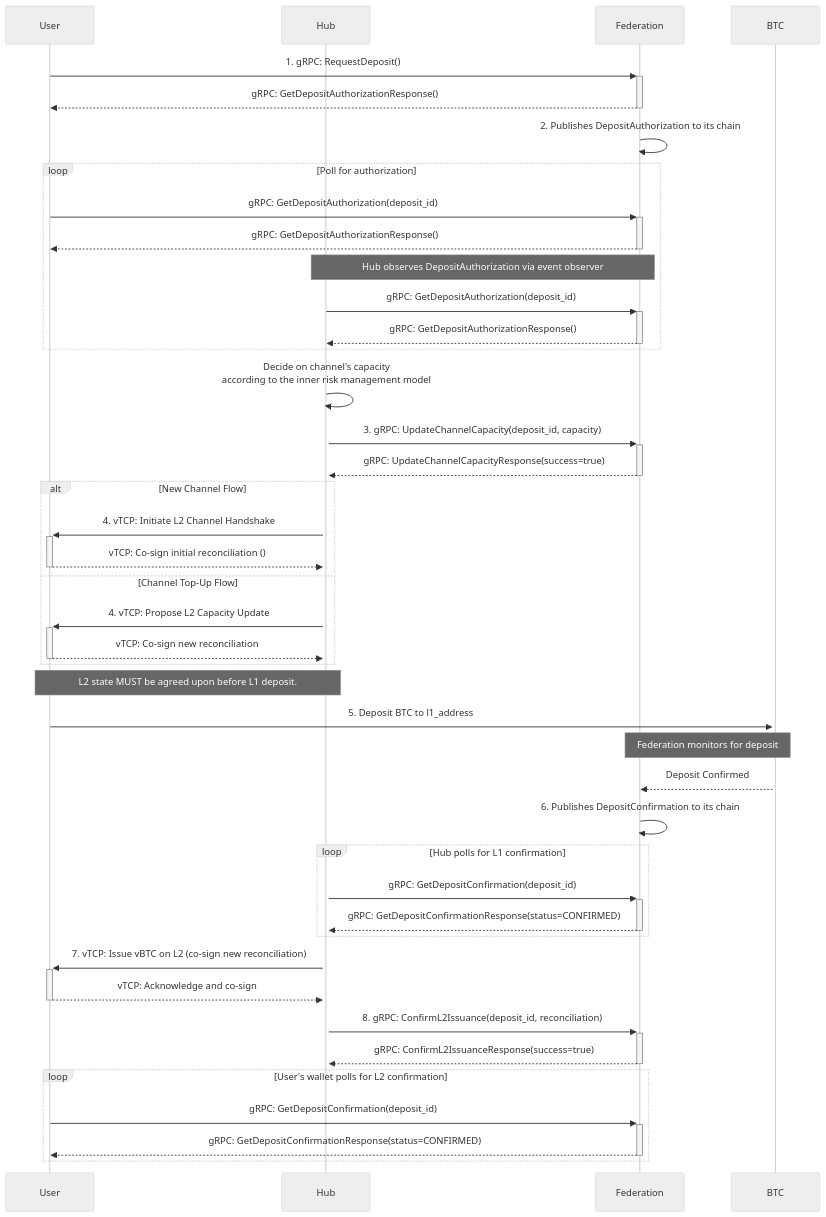
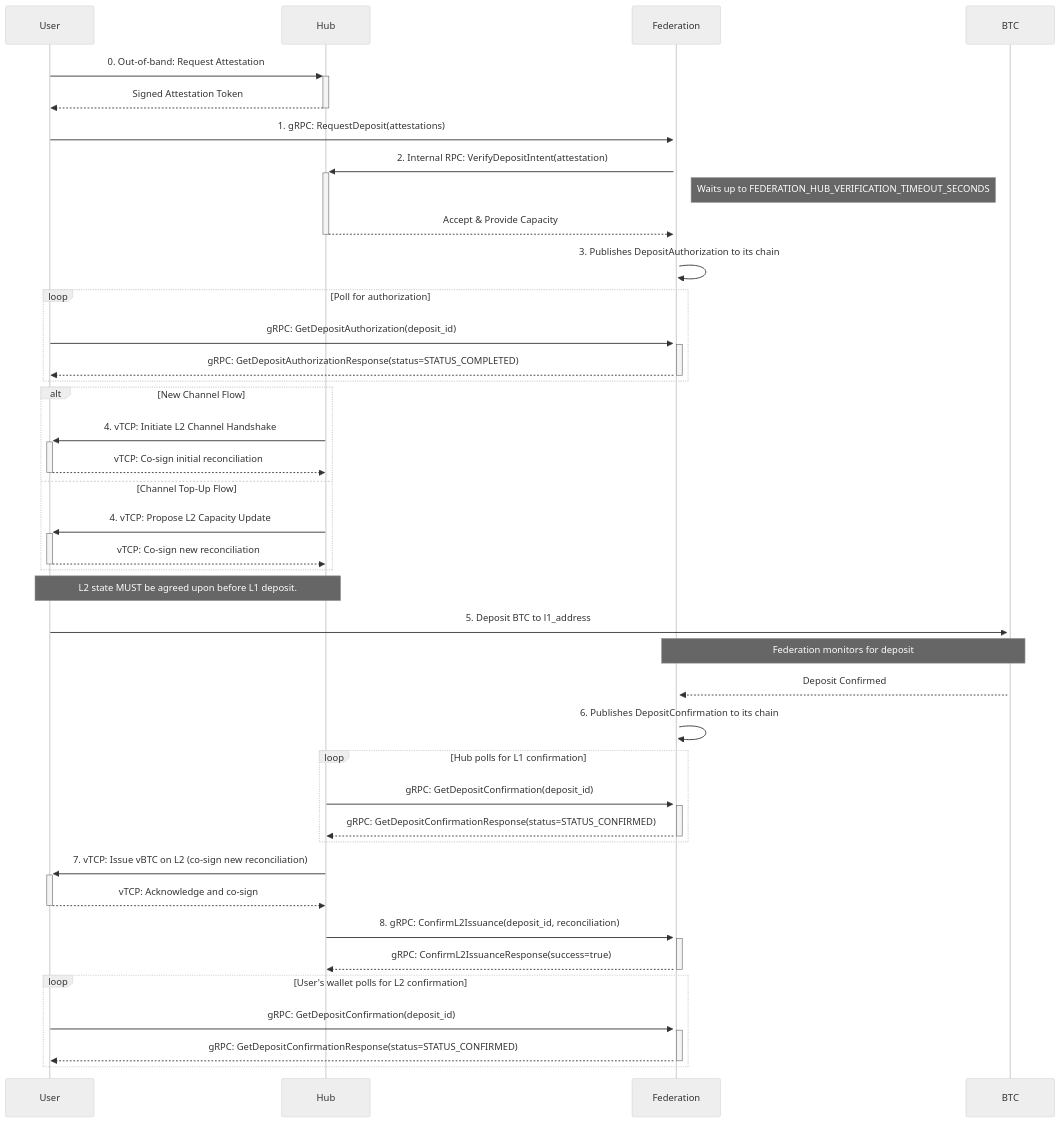
The first of 4 diagrams in architecture/btc-federation/protocols/protocol_btc<>vtcp_custody_deposit.md (vTCP-Foundation/workspace), drawn with Mermaid (neutral theme) before and after one commit. The commit also changed other lines of this file and 1 other file, not shown here.

````diff
--- a/architecture/btc-federation/protocols/protocol_btc<>vtcp_custody_deposit.md
+++ b/architecture/btc-federation/protocols/protocol_btc<>vtcp_custody_deposit.md
@@ -523,55 +661,53 @@
 ```mermaid
 sequenceDiagram
     participant User
     participant Hub
     participant Federation
     participant BTC
 
-    User->>+Federation: 1. gRPC: RequestDeposit()
-    Federation-->>-User: gRPC: GetDepositAuthorizationResponse()
-    Federation->>Federation: 2. Publishes DepositAuthorization to its chain
+    User->>+Hub: 0. Out-of-band: Request Attestation
+    Hub-->>-User: Signed Attestation Token
+
+    User->>+Federation: 1. gRPC: RequestDeposit(attestations)
+    
+    Federation->>+Hub: 2. Internal RPC: VerifyDepositIntent(attestation)
+    note right of Federation: Waits up to FEDERATION_HUB_VERIFICATION_TIMEOUT_SECONDS
+    Hub-->>-Federation: Accept & Provide Capacity
+
+    Federation->>Federation: 3. Publishes DepositAuthorization to its chain
     
     loop Poll for authorization
         User->>+Federation: gRPC: GetDepositAuthorization(deposit_id)
-        Federation-->>-User: gRPC: GetDepositAuthorizationResponse()
-        
-        note over Hub, Federation: Hub observes DepositAuthorization via event observer 
-        Hub->>+Federation: gRPC: GetDepositAuthorization(deposit_id)
-        Federation-->>-Hub: gRPC: GetDepositAuthorizationResponse()
+        Federation-->>-User: gRPC: GetDepositAuthorizationResponse(status=STATUS_COMPLETED)
     end
-    
-    Hub->>+Hub: Decide on channel's capacity<br/>according to the inner risk management model
-    Hub->>+Federation: 3. gRPC: UpdateChannelCapacity(deposit_id, capacity)
-    Federation-->>-Hub: gRPC: UpdateChannelCapacityResponse(success=true)
     
     alt New Channel Flow
         Hub->>+User: 4. vTCP: Initiate L2 Channel Handshake
-        User-->>-Hub: vTCP: Co-sign initial reconciliation ()
+        User-->>-Hub: vTCP: Co-sign initial reconciliation
     else Channel Top-Up Flow
         Hub->>+User: 4. vTCP: Propose L2 Capacity Update
         User-->>-Hub: vTCP: Co-sign new reconciliation
     end
     note over User, Hub: L2 state MUST be agreed upon before L1 deposit.
 
     User->>+BTC: 5. Deposit BTC to l1_address
     note over Federation, BTC: Federation monitors for deposit
     BTC-->>Federation: Deposit Confirmed
     Federation->>Federation: 6. Publishes DepositConfirmation to its chain
     
-
     loop Hub polls for L1 confirmation
         Hub->>+Federation: gRPC: GetDepositConfirmation(deposit_id)
-        Federation-->>-Hub: gRPC: GetDepositConfirmationResponse(status=CONFIRMED)
+        Federation-->>-Hub: gRPC: GetDepositConfirmationResponse(status=STATUS_CONFIRMED)
     end
 
     Hub->>+User: 7. vTCP: Issue vBTC on L2 (co-sign new reconciliation)
     User-->>-Hub: vTCP: Acknowledge and co-sign
     
     Hub->>+Federation: 8. gRPC: ConfirmL2Issuance(deposit_id, reconciliation)
     Federation-->>-Hub: gRPC: ConfirmL2IssuanceResponse(success=true)
 
     loop User's wallet polls for L2 confirmation
         User->>+Federation: gRPC: GetDepositConfirmation(deposit_id)
-        Federation-->>-User: gRPC: GetDepositConfirmationResponse(status=CONFIRMED)
+        Federation-->>-User: gRPC: GetDepositConfirmationResponse(status=STATUS_CONFIRMED)
     end
 ```
````
